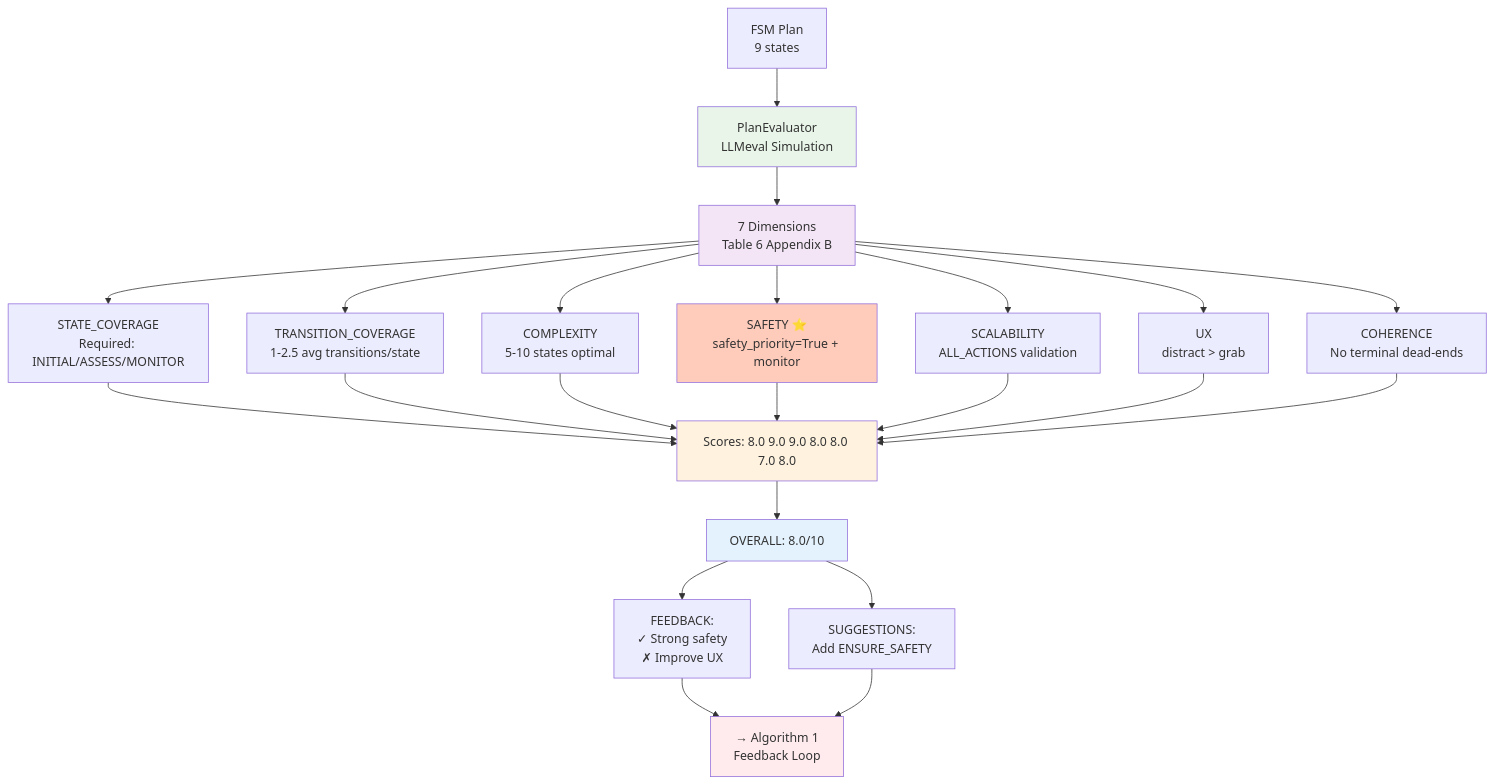
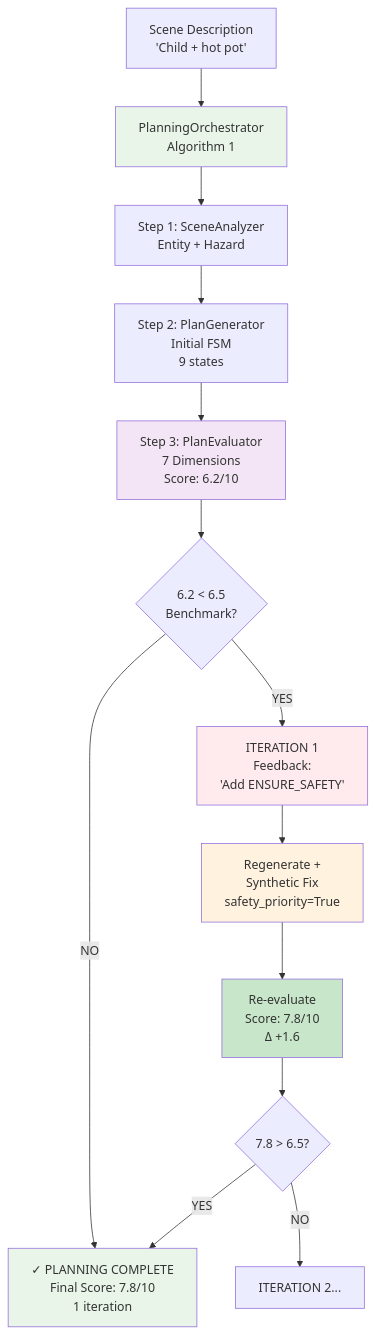
One commit to SivaaB/File_Leak_Detection changed the diagram in flowchart.md. Above: the diagram before and after it, drawn with Mermaid.

````diff
--- a/flowchart.md
+++ b/flowchart.md
@@ -1,40 +1,29 @@
 ```mermaid
 graph TD
-    A["FSM Plan<br/>9 states"] --> B["PlanEvaluator<br/>LLMeval Simulation"]
+    A["Scene Description<br/>'Child + hot pot'"] --> B["PlanningOrchestrator<br/>Algorithm 1"]
     
-    B --> C["7 Dimensions<br/>Table 6 Appendix B"]
+    B --> C["Step 1: SceneAnalyzer<br/>Entity + Hazard"]
+    C --> D["Step 2: PlanGenerator<br/>Initial FSM<br/>9 states"]
+    D --> E["Step 3: PlanEvaluator<br/>7 Dimensions<br/>Score: 6.2/10"]
     
-    C --> D["STATE_COVERAGE<br/>Required: INITIAL/ASSESS/MONITOR"]
-    C --> E["TRANSITION_COVERAGE<br/>1-2.5 avg transitions/state"]
-    C --> F["COMPLEXITY<br/>5-10 states optimal"]
-    C --> G["SAFETY ⭐<br/>safety_priority=True + monitor"]
-    C --> H["SCALABILITY<br/>ALL_ACTIONS validation"]
-    C --> I["UX<br/>distract > grab"]
-    C --> J["COHERENCE<br/>No terminal dead-ends"]
+    E --> F{"6.2 < 6.5<br/>Benchmark?"}
+    F -->|YES| G["ITERATION 1<br/>Feedback:<br/>'Add ENSURE_SAFETY'"]
+    G --> H["Regenerate +<br/>Synthetic Fix<br/>safety_priority=True"]
+    H --> I["Re-evaluate<br/>Score: 7.8/10<br/>Δ +1.6"]
     
-    D --> K["Scores: 8.0 9.0 9.0 8.0 8.0 7.0 8.0"]
-    E --> K
-    F --> K
-    G --> K
-    H --> K
-    I --> K
-    J --> K
+    I --> J{"7.8 > 6.5?"}
+    J -->|YES| K["✓ PLANNING COMPLETE<br/>Final Score: 7.8/10<br/>1 iteration"]
+    J -->|NO| L["ITERATION 2..."]
     
-    K --> L["OVERALL: 8.0/10"]
-    
-    L --> M["FEEDBACK:<br/>✓ Strong safety<br/>✗ Improve UX"]
-    L --> N["SUGGESTIONS:<br/>Add ENSURE_SAFETY"]
-    
-    M --> O["→ Algorithm 1<br/>Feedback Loop"]
-    N --> O
+    F -->|NO| K
     
     style B fill:#e8f5e8
-    style C fill:#f3e5f5
-    style G fill:#ffccbc
-    style K fill:#fff3e0
-    style L fill:#e3f2fd
-    style O fill:#ffebee
+    style E fill:#f3e5f5
+    style I fill:#c8e6c9
+    style K fill:#e8f5e8
+    style G fill:#ffebee
+    style H fill:#fff3e0
     
-    classDef safety fill:#ffccbc
-    classDef scores fill:#fff3e0
+    classDef success fill:#c8e6c9
+    classDef feedback fill:#ffebee
  ```
````
